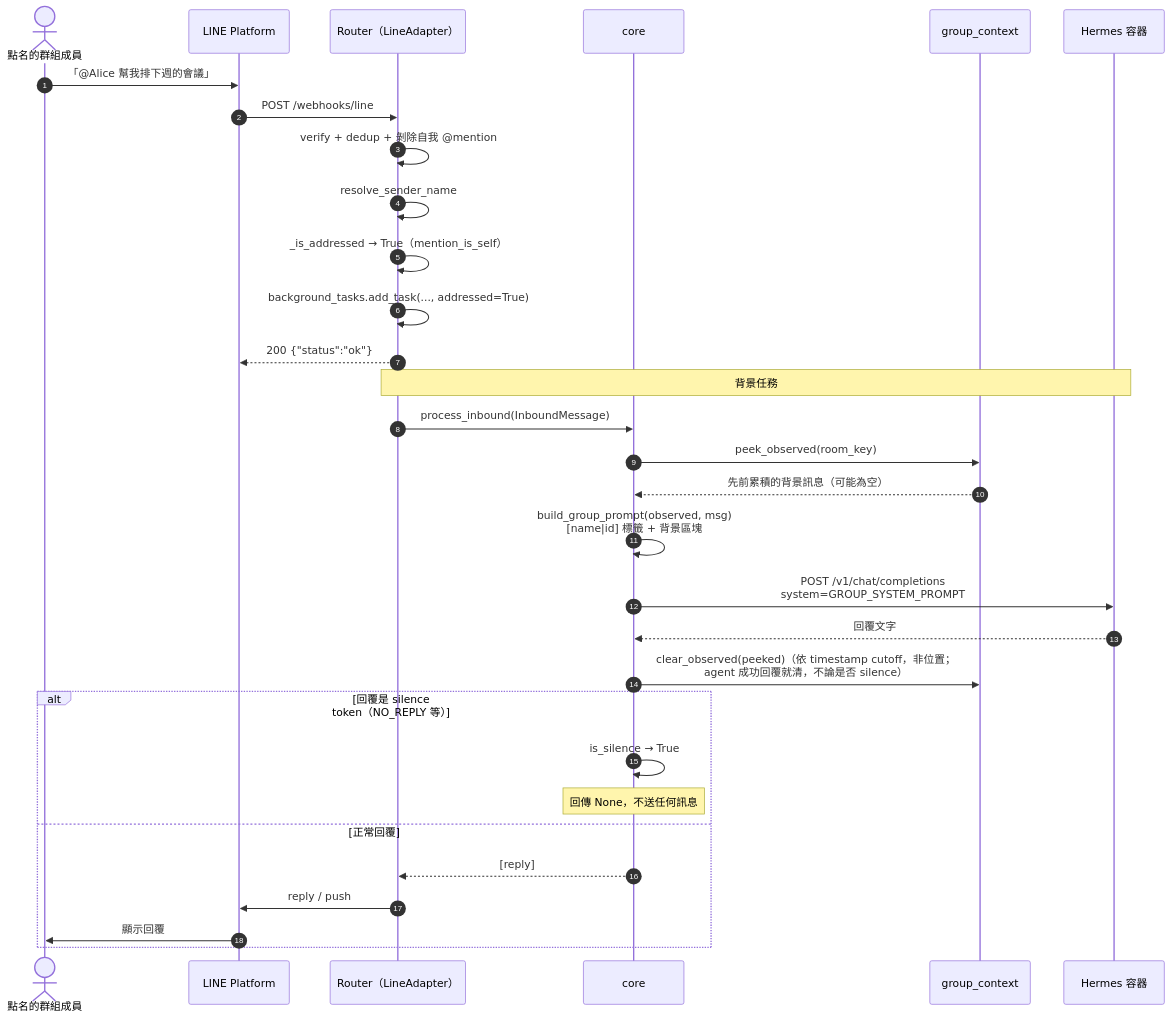
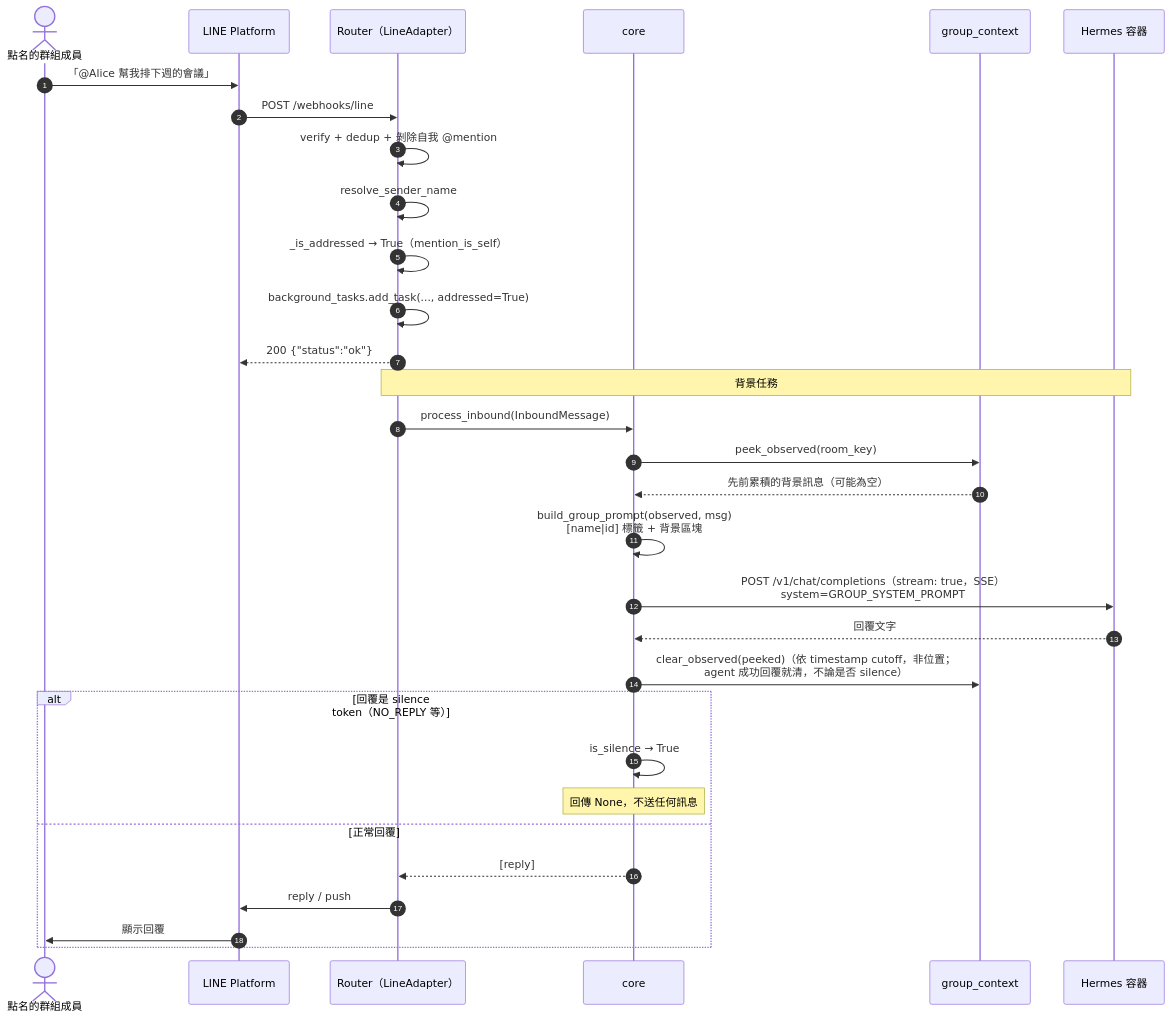
One commit to marychouchou/alice-office changed the third of 9 diagrams in docs/sequence-diagrams.md. Above: the diagram before and after it, drawn with Mermaid. The commit also changed other lines of this file and 9 other files, not shown here.

First line of the commit message:
docs: document the LINE loading indicator, direct-chat system prompt, and OCR/context-window fixes

````diff
--- a/docs/sequence-diagrams.md
+++ b/docs/sequence-diagrams.md
@@ -94,34 +101,34 @@
 ```mermaid
 sequenceDiagram
     autonumber
     actor U as 點名的群組成員
     participant LP as LINE Platform
     participant R as Router（LineAdapter）
     participant C as core
     participant GC as group_context
     participant H as Hermes 容器
 
     U->>LP: 「@Alice 幫我排下週的會議」
     LP->>R: POST /webhooks/line
     R->>R: verify + dedup + 剝除自我 @mention
     R->>R: resolve_sender_name
     R->>R: _is_addressed → True（mention_is_self）
     R->>R: background_tasks.add_task(..., addressed=True)
     R-->>LP: 200 {"status":"ok"}
     Note over R,H: 背景任務
     R->>C: process_inbound(InboundMessage)
     C->>GC: peek_observed(room_key)
     GC-->>C: 先前累積的背景訊息（可能為空）
     C->>C: build_group_prompt(observed, msg)<br/>[name|id] 標籤 + 背景區塊
-    C->>H: POST /v1/chat/completions<br/>system=GROUP_SYSTEM_PROMPT
+    C->>H: POST /v1/chat/completions（stream: true，SSE）<br/>system=GROUP_SYSTEM_PROMPT
     H-->>C: 回覆文字
     C->>GC: clear_observed(peeked)（依 timestamp cutoff，非位置；<br/>agent 成功回覆就清，不論是否 silence）
     alt 回覆是 silence token（NO_REPLY 等）
         C->>C: is_silence → True
         Note over C: 回傳 None，不送任何訊息
     else 正常回覆
         C-->>R: [reply]
         R->>LP: reply / push
         LP->>U: 顯示回覆
     end
 ```
````
